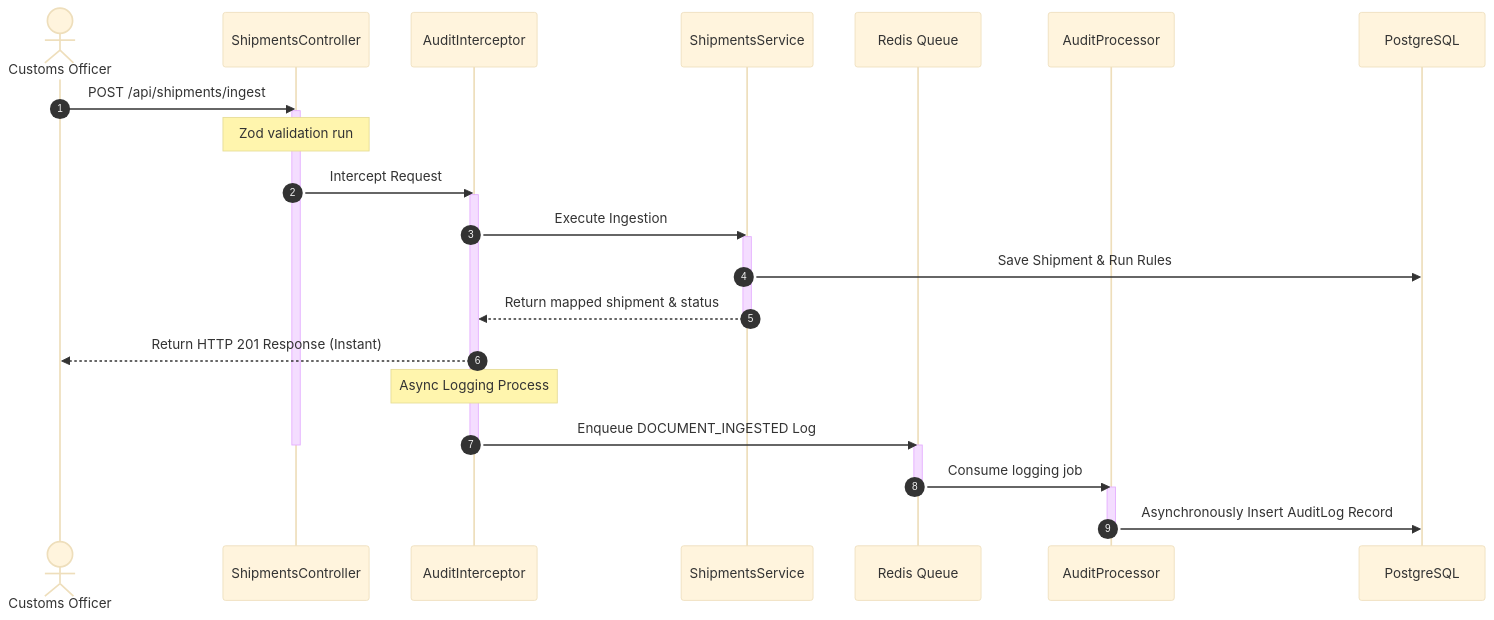
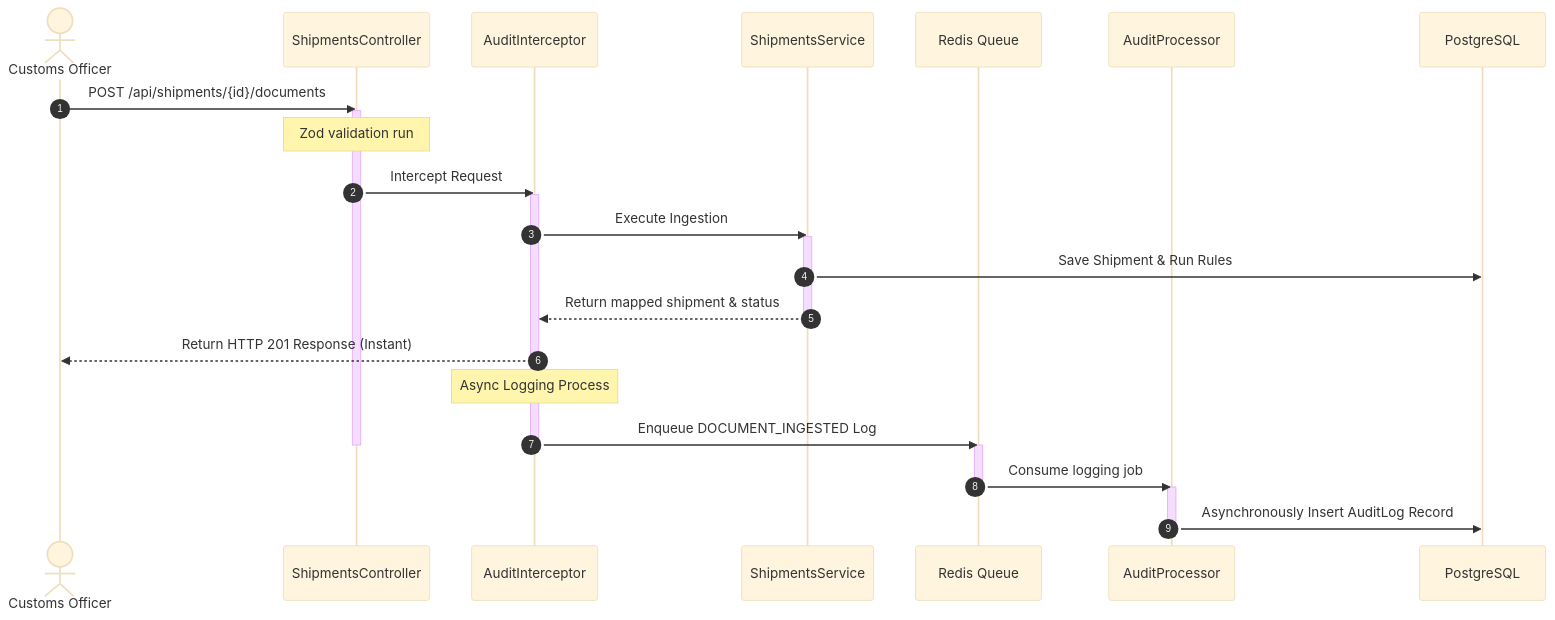
The first of 2 diagrams in README.md (nvtrinh2412/shipment-compliance), drawn with Mermaid (base theme) before and after one commit. The commit also changed other lines of this file, not shown here.

Commit message:
fix: wrong ingest endpoint

````diff
--- a/README.md
+++ b/README.md
@@ -24,35 +24,35 @@
 ```mermaid
 sequenceDiagram
     autonumber
     actor Officer as Customs Officer
     participant Controller as ShipmentsController
     participant Interceptor as AuditInterceptor
     participant Service as ShipmentsService
     participant Redis as Redis Queue
     participant Worker as AuditProcessor
     participant DB as PostgreSQL
 
-    Officer->>Controller: POST /api/shipments/ingest
+    Officer->>Controller: POST /api/shipments/{id}/documents
     activate Controller
     Note over Controller: Zod validation run
     Controller->>Interceptor: Intercept Request
     activate Interceptor
     Interceptor->>Service: Execute Ingestion
     activate Service
     Service->>DB: Save Shipment & Run Rules
     Service-->>Interceptor: Return mapped shipment & status
     deactivate Service
     Interceptor-->>Officer: Return HTTP 201 Response (Instant)
     
     Note over Interceptor: Async Logging Process
     Interceptor->>Redis: Enqueue DOCUMENT_INGESTED Log
     deactivate Interceptor
     deactivate Controller
     
     activate Redis
     Redis->>Worker: Consume logging job
     deactivate Redis
     activate Worker
     Worker->>DB: Asynchronously Insert AuditLog Record
     deactivate Worker
 ```
````
